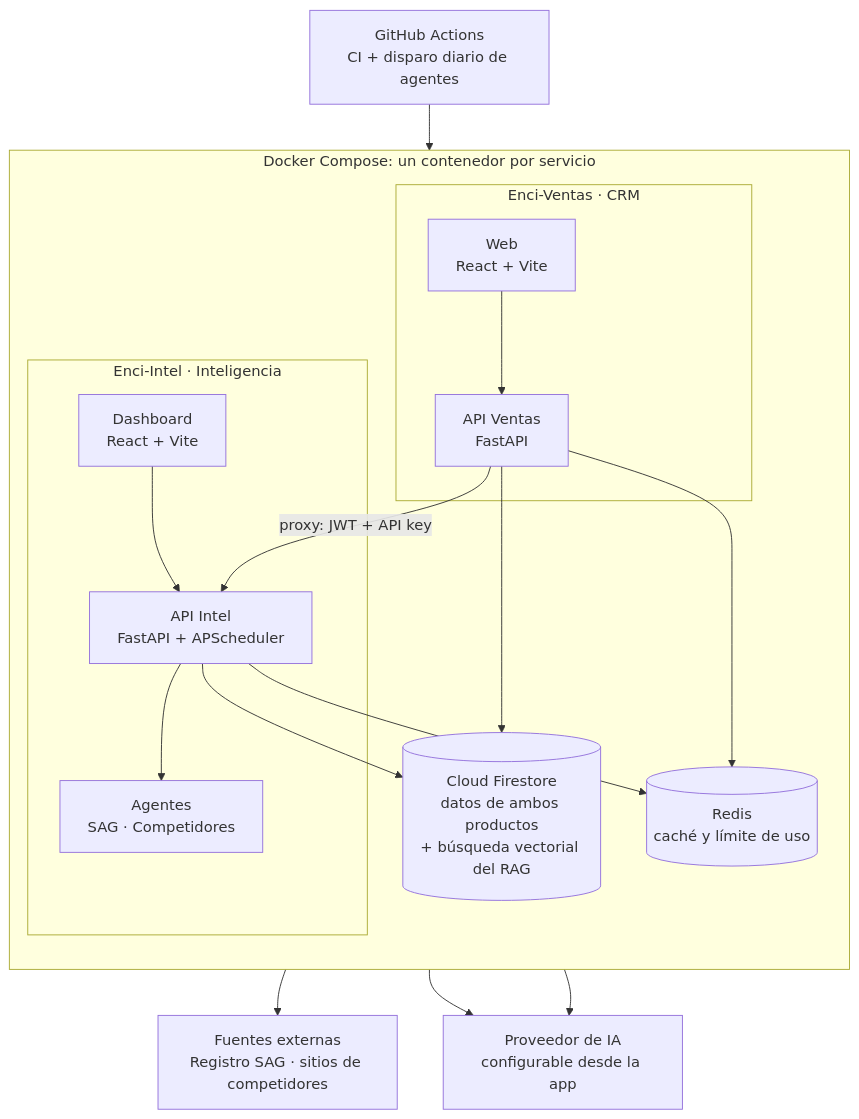
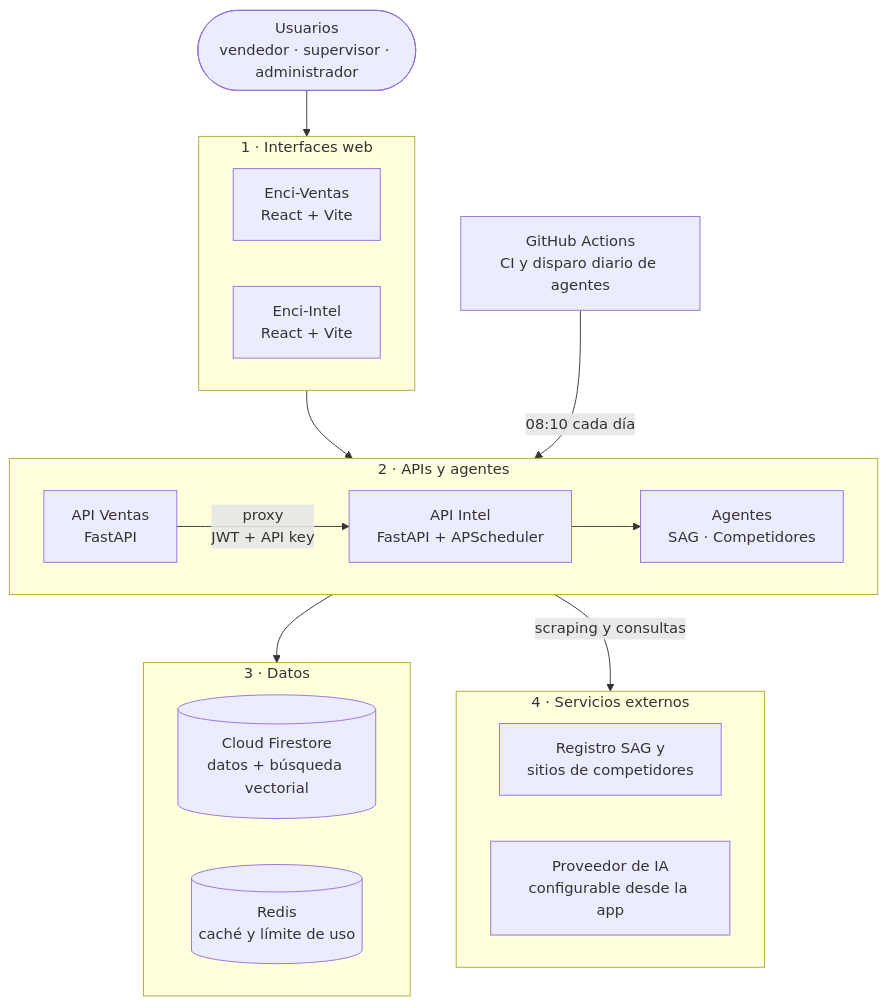
Before and after one commit to Pipo9308/Proyecto-Capstone: the second of 2 diagrams in README.md, drawn with Mermaid. The commit also changed other lines of this file, not shown here.

Commit message:
Ordenar el diagrama de arquitectura del README
Pasa a cuatro capas (web, APIs y agentes, datos, servicios externos) con
menos cruces de flechas y agrega una explicacion breve de como leerlo.

Claude-Session: https://claude.ai/code/session_0117XywDoVKWQG3LpQqgduUC

````diff
--- a/README.md
+++ b/README.md
@@ -49,33 +49,38 @@
 ```mermaid
 flowchart TB
-    subgraph Docker["Docker Compose: un contenedor por servicio"]
-        direction TB
-        subgraph V["Enci-Ventas · CRM"]
-            VW["Web<br/>React + Vite"]
-            VA["API Ventas<br/>FastAPI"]
-        end
-        subgraph I["Enci-Intel · Inteligencia"]
-            IW["Dashboard<br/>React + Vite"]
-            IA["API Intel<br/>FastAPI + APScheduler"]
-            AG["Agentes<br/>SAG · Competidores"]
-        end
-        FS[("Cloud Firestore<br/>datos de ambos productos<br/>+ búsqueda vectorial del RAG")]
+    U(["Usuarios<br/>vendedor · supervisor · administrador"])
+    GH["GitHub Actions<br/>CI y disparo diario de agentes"]
+
+    subgraph WEB["1 · Interfaces web"]
+        direction LR
+        VW["Enci-Ventas<br/>React + Vite"]
+        IW["Enci-Intel<br/>React + Vite"]
+    end
+
+    subgraph API["2 · APIs y agentes"]
+        direction LR
+        VA["API Ventas<br/>FastAPI"]
+        IA["API Intel<br/>FastAPI + APScheduler"]
+        AG["Agentes<br/>SAG · Competidores"]
+        VA -- "proxy<br/>JWT + API key" --> IA
+        IA --> AG
+    end
+
+    subgraph DATA["3 · Datos"]
+        direction LR
+        FS[("Cloud Firestore<br/>datos + búsqueda vectorial")]
         RD[("Redis<br/>caché y límite de uso")]
     end
-    EXT["Fuentes externas<br/>Registro SAG · sitios de competidores"]
-    LLM["Proveedor de IA<br/>configurable desde la app"]
-    GH["GitHub Actions<br/>CI + disparo diario de agentes"]
 
-    VW --> VA
-    IW --> IA
-    VA -- "proxy: JWT + API key" --> IA
-    IA --> AG
-    AG --> EXT
-    IA --> LLM
-    VA --> LLM
-    VA --> FS
-    IA --> FS
-    VA --> RD
-    IA --> RD
-    GH --> IA
+    subgraph EXT["4 · Servicios externos"]
+        direction LR
+        SRC["Registro SAG y<br/>sitios de competidores"]
+        LLM["Proveedor de IA<br/>configurable desde la app"]
+    end
+
+    U --> WEB
+    WEB --> API
+    GH -- "08:10 cada día" --> API
+    API --> DATA
+    API -- "scraping y consultas" --> EXT
 ```
````
